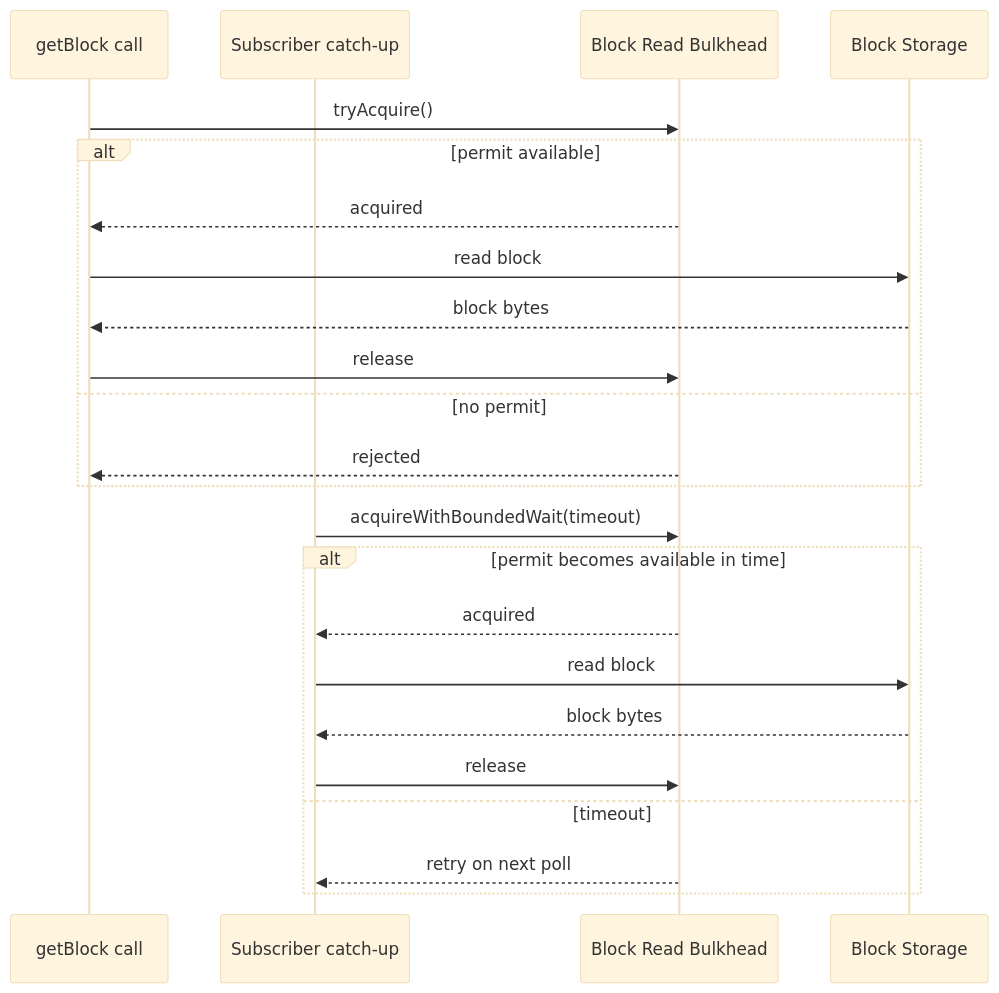
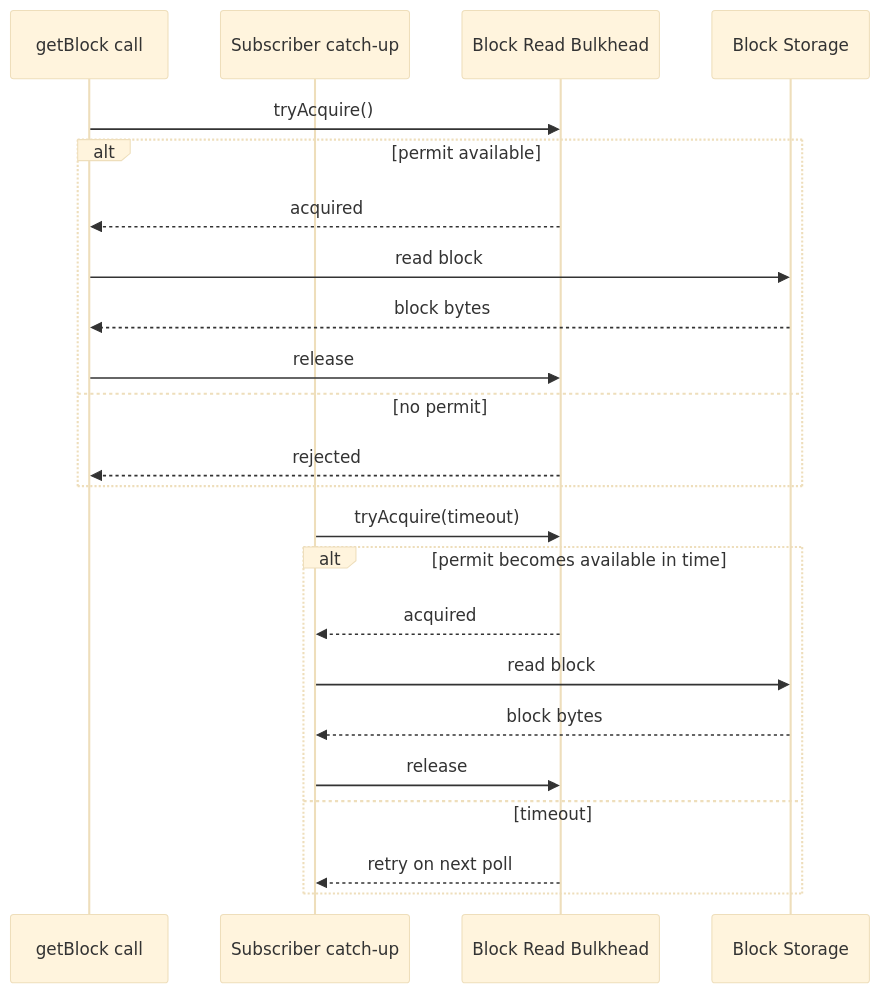
Before and after one commit to hiero-ledger/hiero-block-node: the third of 3 diagrams in docs/design/apis/api-throttling.md, drawn with Mermaid (base theme). The commit also changed other lines of this file, not shown here.

Commit message:
docs: align weight-class example and bulkhead diagram call with real code
Terms section illustrated weight classes with three invented names
(LIGHT/MODERATE/HEAVY); the real WeightClass enum has two values
(STANDARD/HEAVY). Sequence diagram labeled the bulkhead's bounded-wait call
acquireWithBoundedWait(timeout), a method that doesn't exist — the real one
is the overloaded tryAcquire(Duration).

````diff
--- a/docs/design/apis/api-throttling.md
+++ b/docs/design/apis/api-throttling.md
@@ -526,27 +526,27 @@
 ```mermaid
 sequenceDiagram
     participant G as getBlock call
     participant S as Subscriber catch-up
     participant B as Block Read Bulkhead
     participant Store as Block Storage
 
     G->>B: tryAcquire()
     alt permit available
         B-->>G: acquired
         G->>Store: read block
         Store-->>G: block bytes
         G->>B: release
     else no permit
         B-->>G: rejected
     end
 
-    S->>B: acquireWithBoundedWait(timeout)
+    S->>B: tryAcquire(timeout)
     alt permit becomes available in time
         B-->>S: acquired
         S->>Store: read block
         Store-->>S: block bytes
         S->>B: release
     else timeout
         B-->>S: retry on next poll
     end
 ```
````
